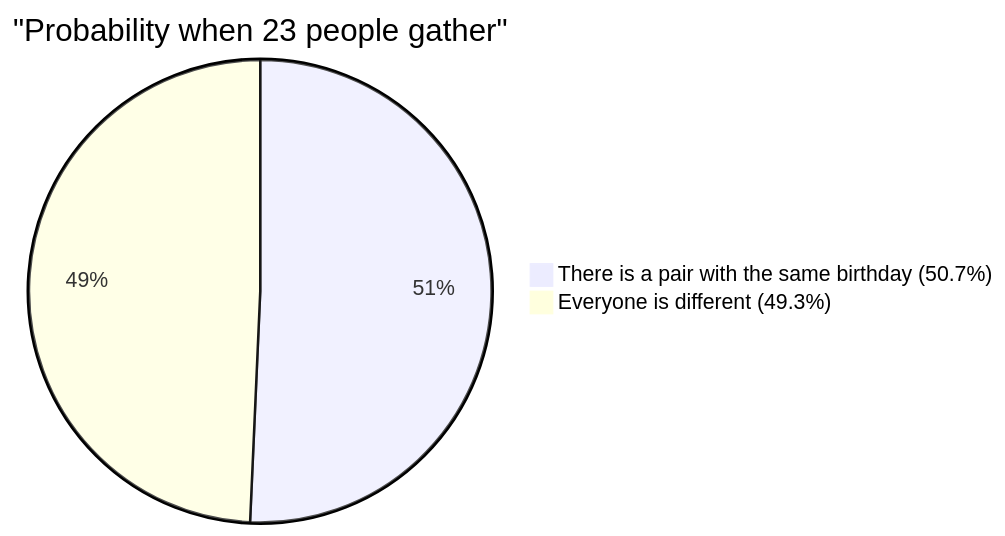
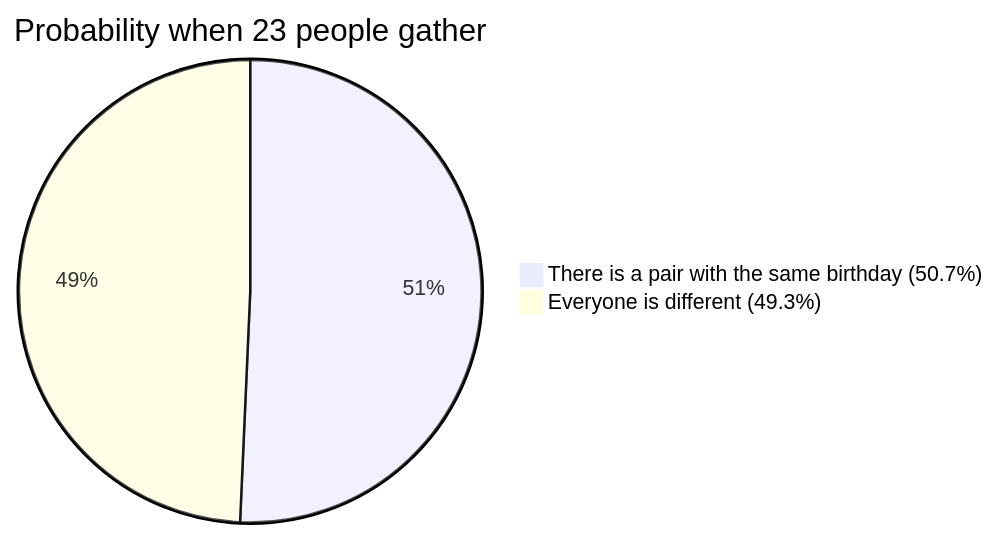
Before and after one commit to kenjinote/blog: the second of 2 diagrams in content/post/バースデイパラドックス/index.en.md, drawn with Mermaid. The commit also changed other lines of this file and 703 other files, not shown here.

Commit message:
Fix: Remove quotes from Mermaid link texts and timeline definitions to support Mermaid 11.4.1

````diff
--- a/content/post/バースデイパラドックス/index.en.md
+++ b/content/post/バースデイパラドックス/index.en.md
@@ -100,5 +100,5 @@
 ```mermaid
-pie title "Probability when 23 people gather"
+pie title Probability when 23 people gather
     "There is a pair with the same birthday (50.7%)" : 50.7
     "Everyone is different (49.3%)" : 49.3
 ```
````
